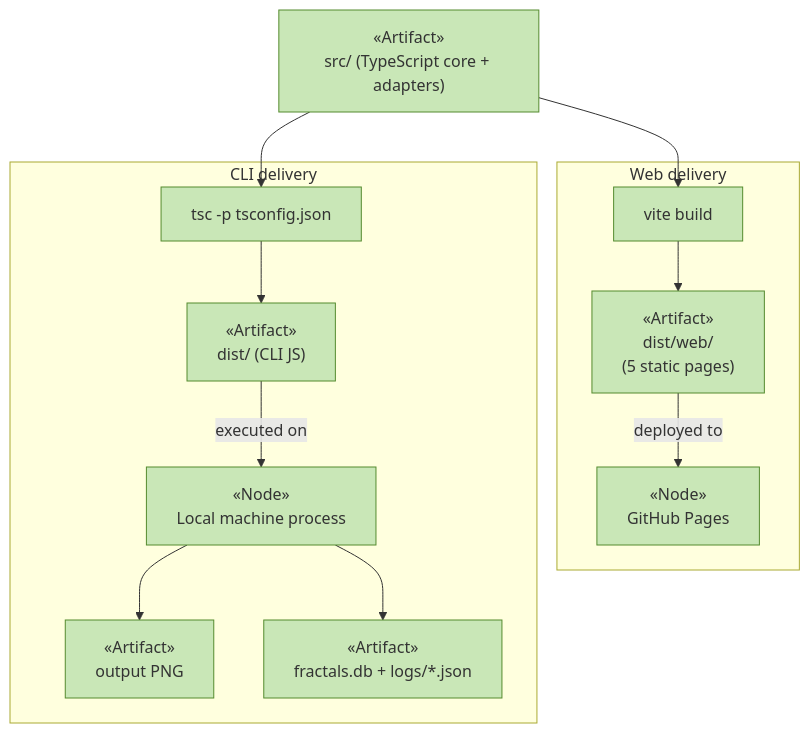
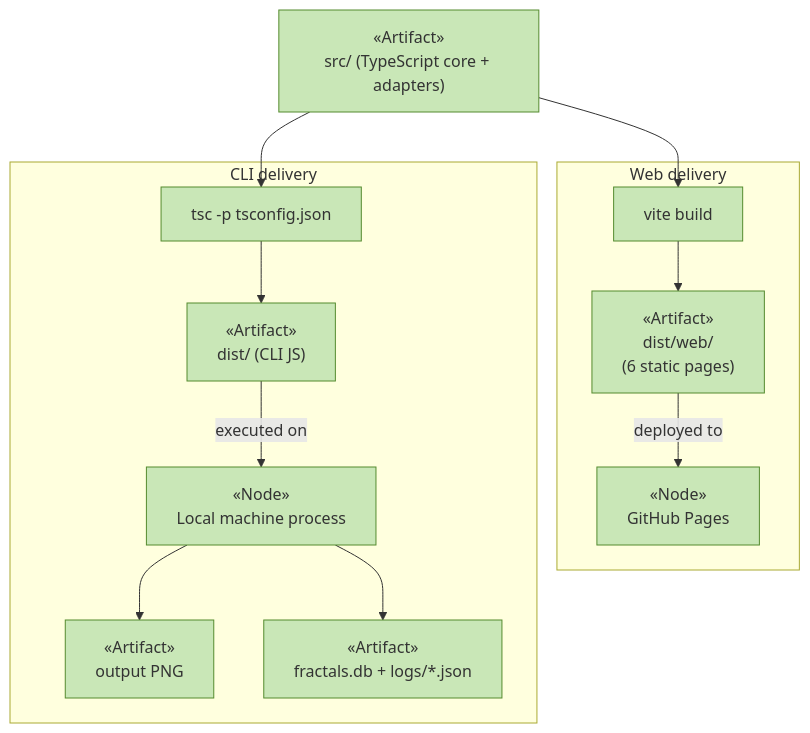
The first of 2 diagrams in docs/ea/5_technology/2_deployment.md (roanboc/fractal-tree-generator), drawn with Mermaid before and after one commit. The commit also changed other lines of this file and 42 other files, not shown here.

````diff
--- a/docs/ea/5_technology/2_deployment.md
+++ b/docs/ea/5_technology/2_deployment.md
@@ -19,25 +19,25 @@
 ```mermaid
 flowchart TB
   src["«Artifact»<br>src/ (TypeScript core + adapters)"]:::technology
 
   subgraph webPath["Web delivery"]
     viteb["vite build"]:::technology
-    distweb["«Artifact»<br>dist/web/<br>(5 static pages)"]:::technology
+    distweb["«Artifact»<br>dist/web/<br>(6 static pages)"]:::technology
     pagesHost["«Node»<br>GitHub Pages"]:::technology
   end
 
   subgraph cliPath["CLI delivery"]
     tscb["tsc -p tsconfig.json"]:::technology
     distcli["«Artifact»<br>dist/ (CLI JS)"]:::technology
     localrun["«Node»<br>Local machine process"]:::technology
     png["«Artifact»<br>output PNG"]:::technology
     db["«Artifact»<br>fractals.db + logs/*.json"]:::technology
   end
 
   src --> viteb --> distweb -->|deployed to| pagesHost
   src --> tscb --> distcli -->|executed on| localrun
   localrun --> png
   localrun --> db
 
   classDef technology fill:#c9e7b7,stroke:#558b2f,color:#333
 ```
````
